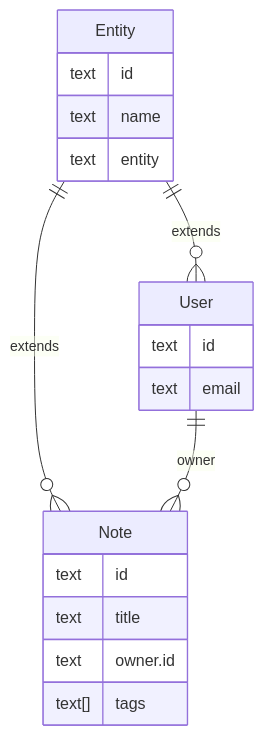
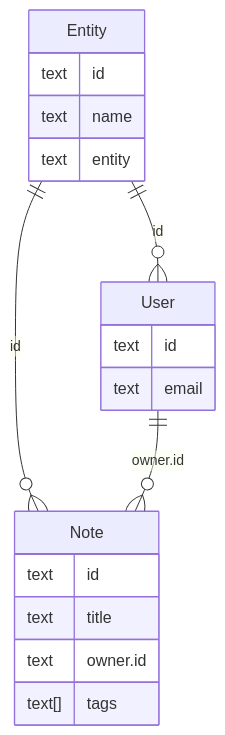
The second of 2 diagrams in docs/server/authoring.mdx (TroyAlford/basis), drawn with Mermaid before and after one commit. The commit also changed other lines of this file and 3 other files, not shown here.

````diff
--- a/docs/server/authoring.mdx
+++ b/docs/server/authoring.mdx
@@ -137,21 +137,21 @@
 ```mermaid
 erDiagram
   Entity {
     text id
     text name
     text entity
   }
   User {
     text id
     text email
   }
   Note {
     text id
     text title
     text owner.id
     text[] tags
   }
-  Entity ||--o{ User : extends
-  Entity ||--o{ Note : extends
-  User ||--o{ Note : owner
+  Entity ||--o{ User : id
+  Entity ||--o{ Note : id
+  User ||--o{ Note : owner.id
 ```
````
